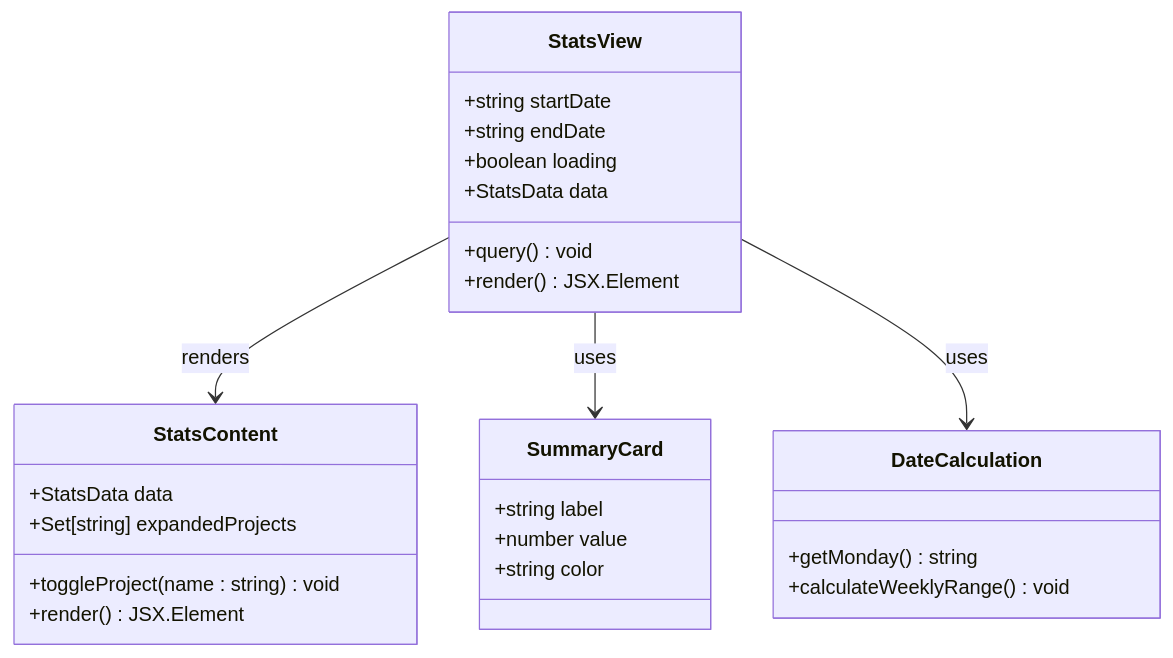
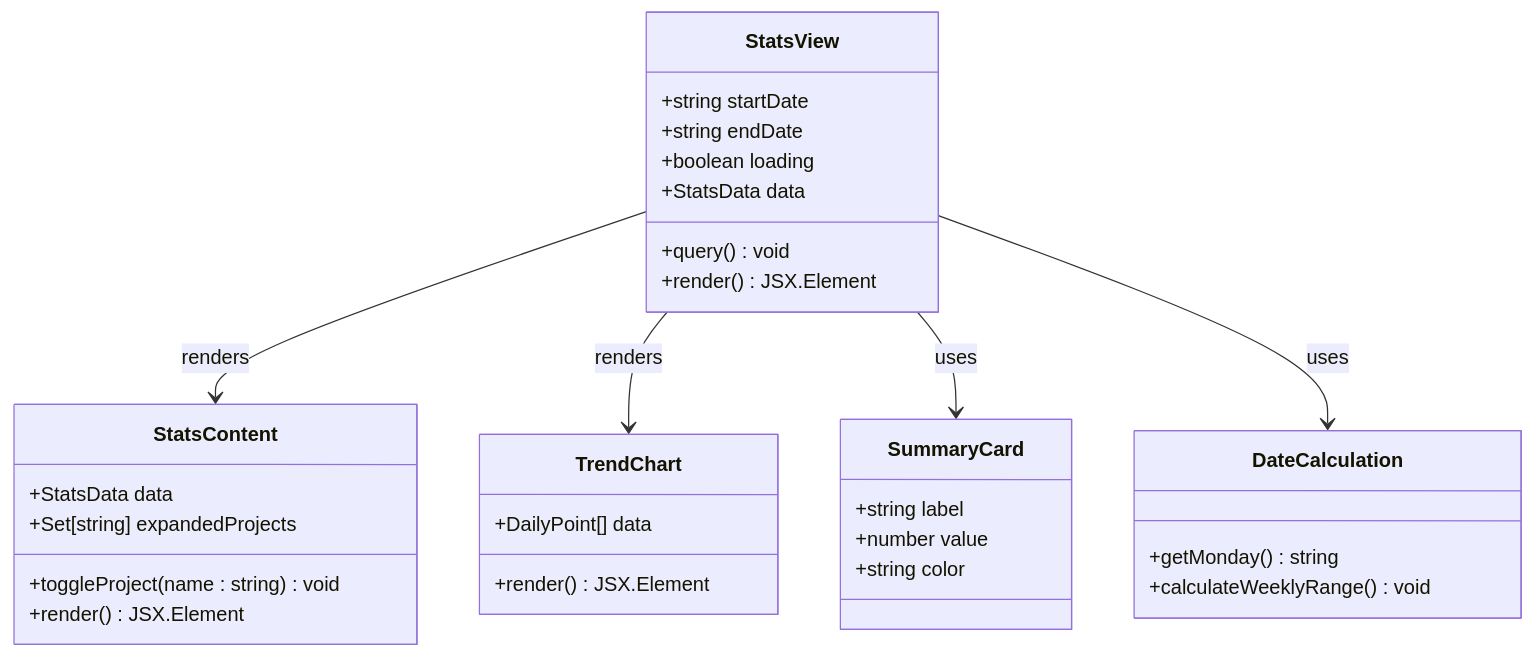
The third of 9 diagrams in .qoder/repowiki/en/content/Frontend Components/Commit Statistics Dashboard.md (jrj444/git-daily), drawn with Mermaid before and after one commit. The commit also changed other lines of this file and 16 other files, not shown here.

````diff
--- a/.qoder/repowiki/en/content/Frontend Components/Commit Statistics Dashboard.md
+++ b/.qoder/repowiki/en/content/Frontend Components/Commit Statistics Dashboard.md
@@ -201,29 +227,34 @@
 ```mermaid
 classDiagram
 class StatsView {
 +string startDate
 +string endDate
 +boolean loading
 +StatsData data
 +query() void
 +render() JSX.Element
 }
 class StatsContent {
 +StatsData data
 +Set[string] expandedProjects
 +toggleProject(name : string) void
 +render() JSX.Element
 }
+class TrendChart {
++DailyPoint[] data
++render() JSX.Element
+}
 class SummaryCard {
 +string label
 +number value
 +string color
 }
 class DateCalculation {
 +getMonday() string
 +calculateWeeklyRange() void
 }
 StatsView --> StatsContent : renders
+StatsView --> TrendChart : renders
 StatsView --> SummaryCard : uses
 StatsView --> DateCalculation : uses
 ```
````
